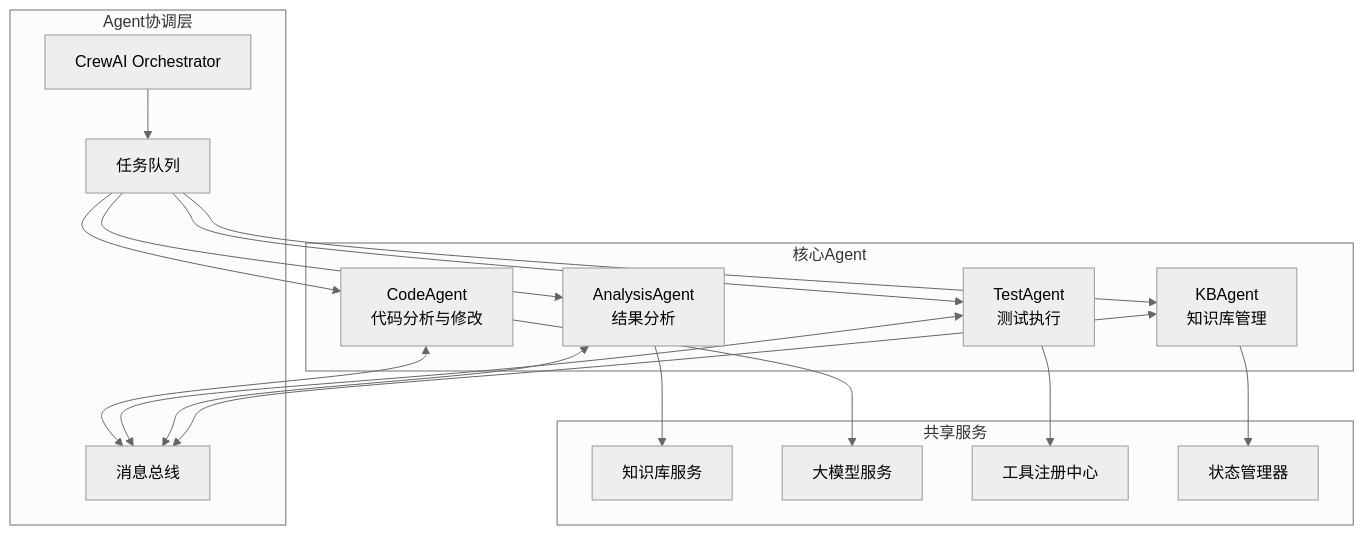
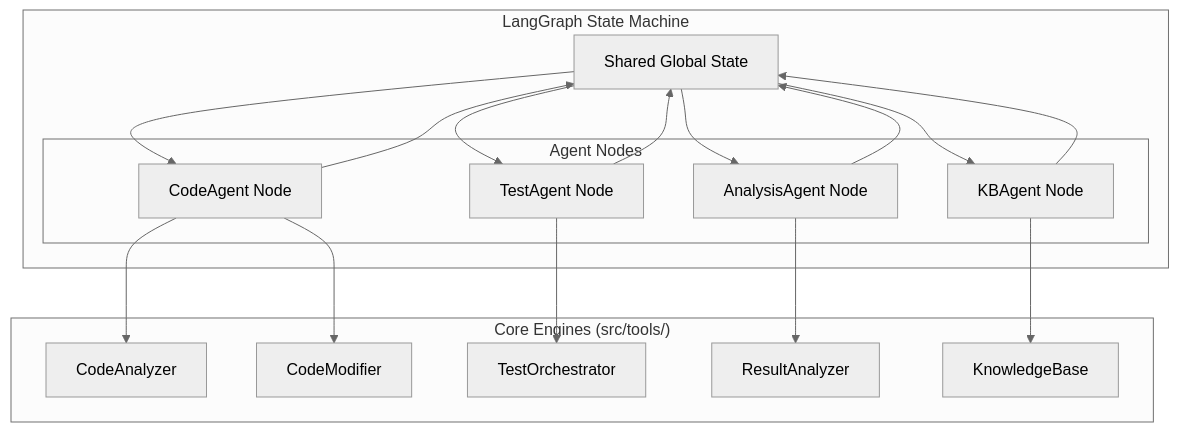
Before and after one commit to duzailian/dev-agents-v2: the diagram in docs/AGENT_DESIGN.md, drawn with Mermaid (neutral theme). The commit also changed other lines of this file and 24 other files, not shown here.

````diff
--- a/docs/AGENT_DESIGN.md
+++ b/docs/AGENT_DESIGN.md
@@ -26,38 +24,37 @@
 ```mermaid
-graph TB
-    subgraph "Agent协调层"
-        CrewAI[CrewAI Orchestrator]
-        TaskQueue[任务队列]
-        MessageBus[消息总线]
+graph TD
+    subgraph "LangGraph State Machine"
+        State[Shared Global State]
+
+        subgraph "Agent Nodes"
+            CA[CodeAgent Node]
+            TA[TestAgent Node]
+            AA[AnalysisAgent Node]
+            KB[KBAgent Node]
+        end
     end
-    
-    subgraph "核心Agent"
-        CodeAgent[CodeAgent<br/>代码分析与修改]
-        TestAgent[TestAgent<br/>测试执行]
-        AnalysisAgent[AnalysisAgent<br/>结果分析]
-        KBAgent[KBAgent<br/>知识库管理]
+
+    subgraph "Core Engines (src/tools/)"
+        Analyzer[CodeAnalyzer]
+        Modifier[CodeModifier]
+        Orchestrator[TestOrchestrator]
+        ResultAna[ResultAnalyzer]
+        VectorDB[KnowledgeBase]
     end
-    
-    subgraph "共享服务"
-        KnowledgeBase[知识库服务]
-        LLMService[大模型服务]
-        ToolRegistry[工具注册中心]
-        StateManager[状态管理器]
-    end
-    
-    CrewAI --> TaskQueue
-    TaskQueue --> CodeAgent
-    TaskQueue --> TestAgent
-    TaskQueue --> AnalysisAgent
-    TaskQueue --> KBAgent
-    
-    CodeAgent <--> MessageBus
-    TestAgent <--> MessageBus
-    AnalysisAgent <--> MessageBus
-    KBAgent <--> MessageBus
-    
-    CodeAgent --> LLMService
-    TestAgent --> ToolRegistry
-    AnalysisAgent --> KnowledgeBase
-    KBAgent --> StateManager
+
+    State --> CA
+    State --> TA
+    State --> AA
+    State --> KB
+
+    CA --> Analyzer
+    CA --> Modifier
+    TA --> Orchestrator
+    AA --> ResultAna
+    KB --> VectorDB
+
+    CA --> State
+    TA --> State
+    AA --> State
+    KB --> State
 ```
````
